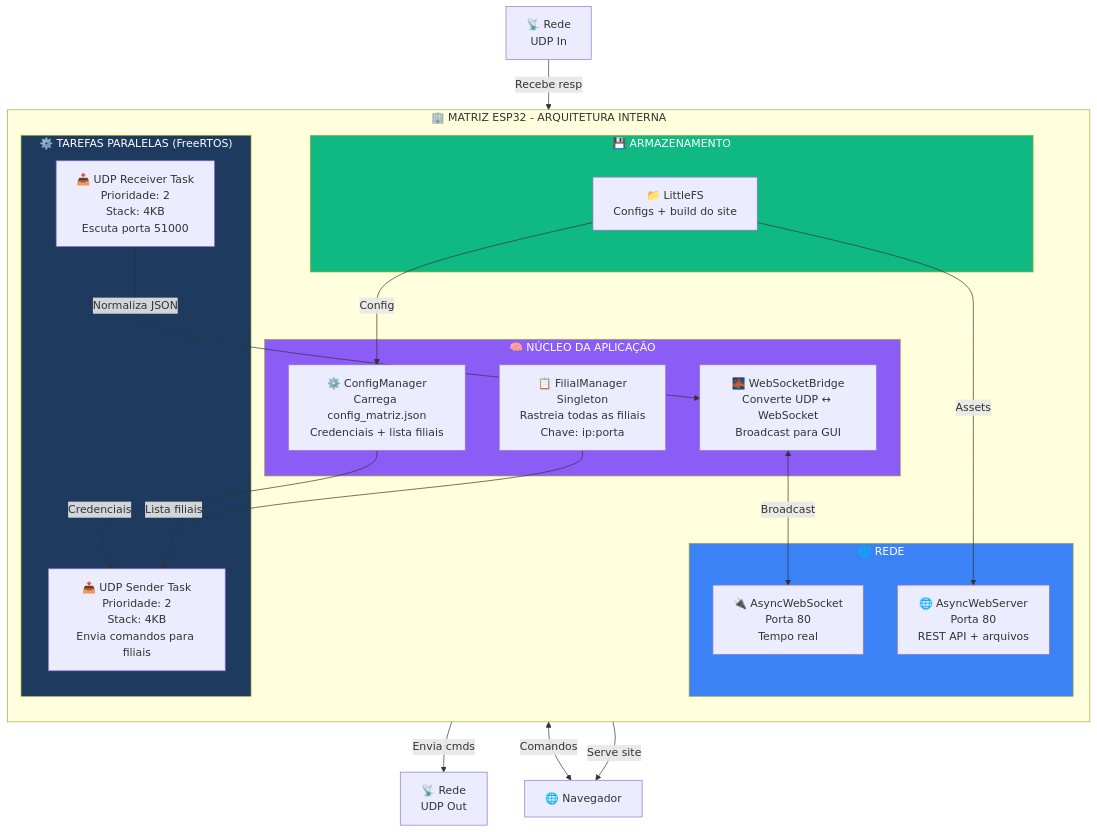
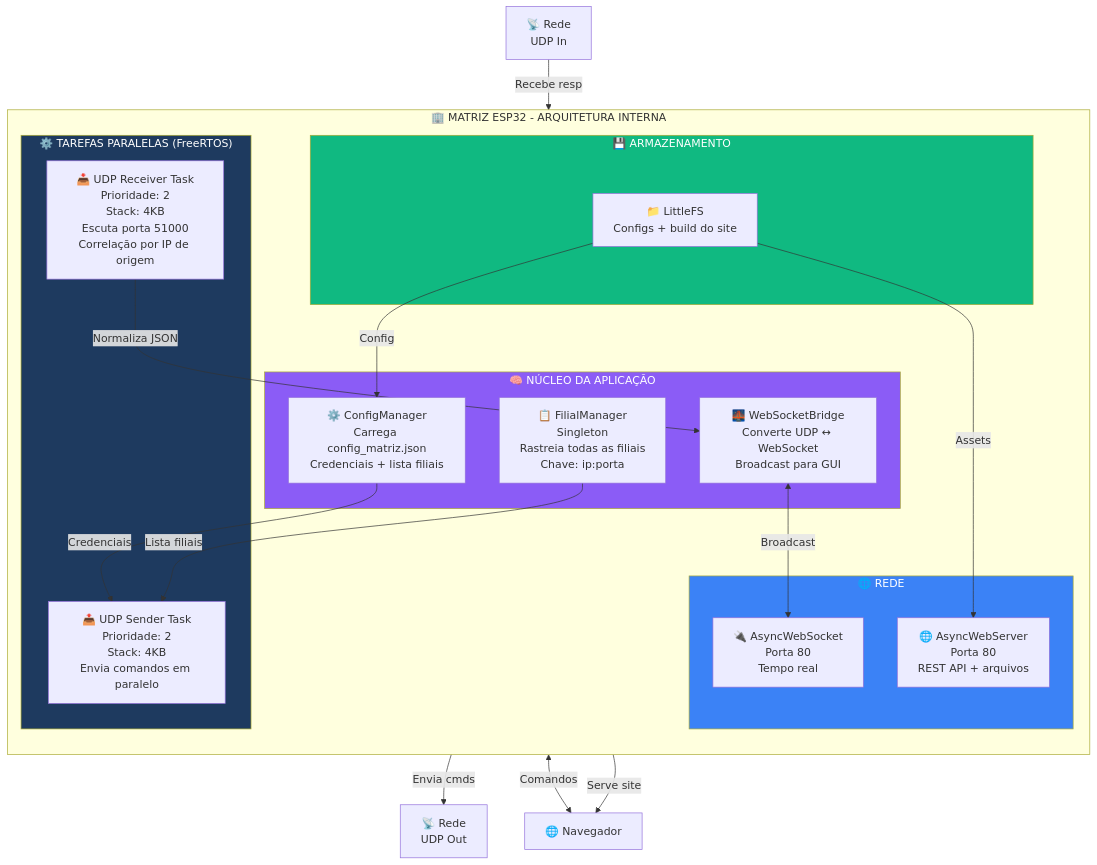
The tenth of 16 diagrams in docs/02-arquitetura.md (gugacarbo/UDP-IOT-Redes-AV3-3), drawn with Mermaid before and after one commit. The commit also changed other lines of this file and 112 other files, not shown here.

````diff
--- a/docs/02-arquitetura.md
+++ b/docs/02-arquitetura.md
@@ -514,42 +515,42 @@
 ```mermaid
 graph TB
     subgraph MatrizInterna["🏢 MATRIZ ESP32 - ARQUITETURA INTERNA"]
         direction TB
 
         subgraph Tasks["⚙️ TAREFAS PARALELAS (FreeRTOS)"]
-            T1["📤 UDP Sender Task<br/>Prioridade: 2<br/>Stack: 4KB<br/>Envia comandos para filiais"]
-            T2["📥 UDP Receiver Task<br/>Prioridade: 2<br/>Stack: 4KB<br/>Escuta porta 51000"]
+            T1["📤 UDP Sender Task<br/>Prioridade: 2<br/>Stack: 4KB<br/>Envia comandos em paralelo"]
+            T2["📥 UDP Receiver Task<br/>Prioridade: 2<br/>Stack: 4KB<br/>Escuta porta 51000<br/>Correlação por IP de origem"]
         end
 
         subgraph Core["🧠 NÚCLEO DA APLICAÇÃO"]
             FM["📋 FilialManager<br/>Singleton<br/>Rastreia todas as filiais<br/>Chave: ip:porta"]
             CM["⚙️ ConfigManager<br/>Carrega config_matriz.json<br/>Credenciais + lista filiais"]
             Bridge["🌉 WebSocketBridge<br/>Converte UDP ↔ WebSocket<br/>Broadcast para GUI"]
         end
 
         subgraph Network["🌐 REDE"]
             WS["🔌 AsyncWebSocket<br/>Porta 80<br/>Tempo real"]
             Web["🌐 AsyncWebServer<br/>Porta 80<br/>REST API + arquivos"]
         end
 
         subgraph Storage["💾 ARMAZENAMENTO"]
             FS["📁 LittleFS<br/>Configs + build do site"]
         end
     end
 
     T1 -->|Envia cmds| UDP_Out["📡 Rede<br/>UDP Out"]
     UDP_In["📡 Rede<br/>UDP In"] -->|Recebe resp| T2
     T2 -->|Normaliza JSON| Bridge
     Bridge <-->|Broadcast| WS
     WS <-->|Comandos| GUI["🌐 Navegador"]
     Web -->|Serve site| GUI
     FS -->|Config| CM
     FS -->|Assets| Web
     CM -->|Credenciais| T1
     FM -->|Lista filiais| T1
 
     style Tasks fill:#1e3a5f,color:#fff
     style Core fill:#8b5cf6,color:#fff
     style Network fill:#3b82f6,color:#fff
     style Storage fill:#10b981,color:#fff
 ```
````
